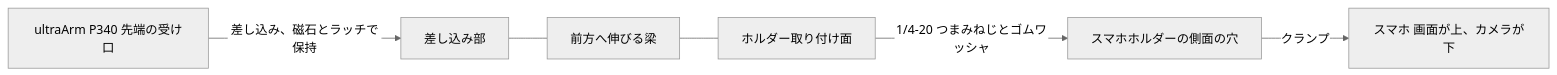
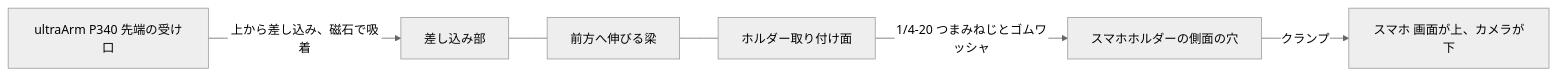
One commit to 0x0c/ultraarm-smartphone-endeffctor changed the diagram in docs/specs/smartphone-holder-adapter.md. Above: the diagram before and after it, drawn with Mermaid (neutral theme). The commit also changed other lines of this file, not shown here.

````diff
--- a/docs/specs/smartphone-holder-adapter.md
+++ b/docs/specs/smartphone-holder-adapter.md
@@ -62,8 +62,8 @@
 ```mermaid
 flowchart LR
-  A[ultraArm P340 先端の受け口] -- 差し込み、磁石とラッチで保持 --> B[差し込み部]
+  A[ultraArm P340 先端の受け口] -- 上から差し込み、磁石で吸着 --> B[差し込み部]
   B --- C[前方へ伸びる梁]
   C --- D[ホルダー取り付け面]
   D -- 1/4-20 つまみねじとゴムワッシャ --> E[スマホホルダーの側面の穴]
   E -- クランプ --> F[スマホ 画面が上、カメラが下]
 ```
````
